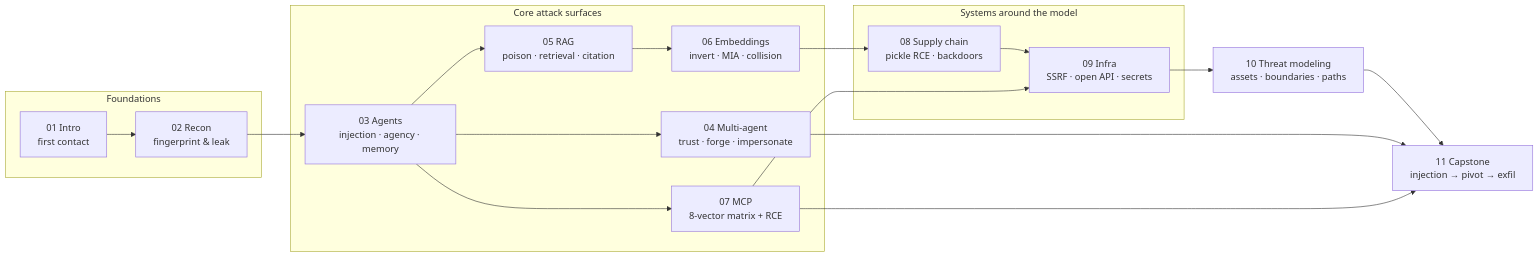
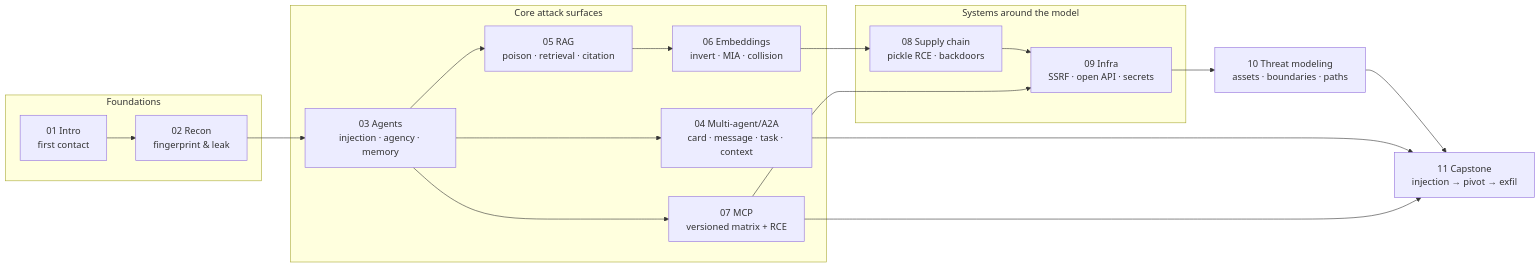
The first of 6 diagrams in docs/OVERVIEW.md (tq05/RedSec-range), drawn with Mermaid before and after one commit. The commit also changed other lines of this file and 40 other files, not shown here.

````diff
--- a/docs/OVERVIEW.md
+++ b/docs/OVERVIEW.md
@@ -10,28 +10,28 @@
 ```mermaid
 flowchart LR
   subgraph FOUND["Foundations"]
     M01["01 Intro<br/>first contact"] --> M02["02 Recon<br/>fingerprint & leak"]
   end
   subgraph CORE["Core attack surfaces"]
     M03["03 Agents<br/>injection · agency · memory"]
     M05["05 RAG<br/>poison · retrieval · citation"]
     M06["06 Embeddings<br/>invert · MIA · collision"]
-    M04["04 Multi-agent<br/>trust · forge · impersonate"]
-    M07["07 MCP<br/>8-vector matrix + RCE"]
+    M04["04 Multi-agent/A2A<br/>card · message · task · context"]
+    M07["07 MCP<br/>versioned matrix + RCE"]
   end
   subgraph SYS["Systems around the model"]
     M08["08 Supply chain<br/>pickle RCE · backdoors"]
     M09["09 Infra<br/>SSRF · open API · secrets"]
   end
   M10["10 Threat modeling<br/>assets · boundaries · paths"]
   M11["11 Capstone<br/>injection → pivot → exfil"]
 
   M02 --> M03 --> M05 --> M06
   M03 --> M04
   M03 --> M07
   M06 --> M08 --> M09
   M07 --> M09
   M09 --> M10 --> M11
   M04 --> M11
   M07 --> M11
 ```
````
